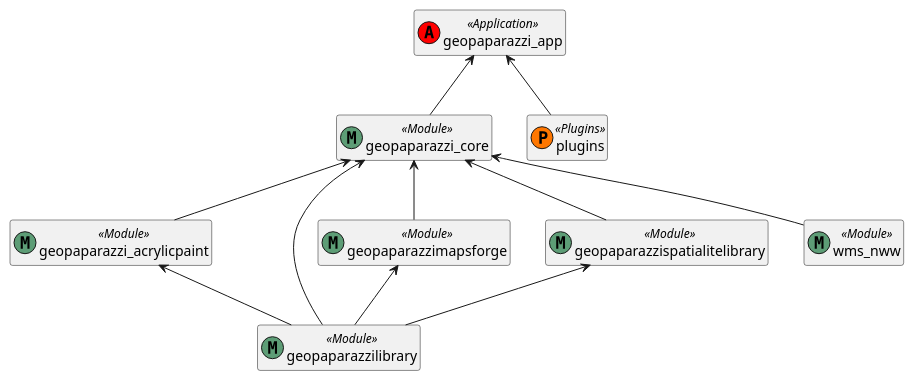
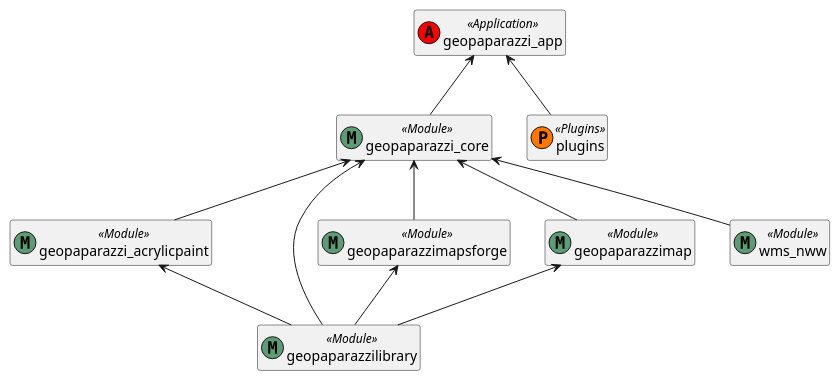
The first of 2 diagrams in userguide/development.adoc (geopaparazzi/usermanual), drawn with PlantUML before and after one commit. The commit also changed other lines of this file and 22 other files, not shown here.

```diff
--- a/userguide/development.adoc
+++ b/userguide/development.adoc
@@ -65,25 +65,25 @@
 [plantuml, development/modules_diagram, png]     
 ....
 
-class geopaparazzi_app << (A,#FF0000) Application >>
+class geopaparazzi_app           << (A,#FF0000) Application >>
 class geopaparazzi_acrylicpaint  << (M,#5d9d76) Module >>
-class geopaparazzi_core  << (M,#5d9d76) Module >>
-class geopaparazzilibrary  << (M,#5d9d76) Module >>
-class geopaparazzimapsforge  << (M,#5d9d76) Module >>
-class geopaparazzispatialitelibrary  << (M,#5d9d76) Module >>
-class plugins  << (P,#FF7700) Plugins >>
-class wms_nww  << (M,#5d9d76) Module >>
+class geopaparazzi_core          << (M,#5d9d76) Module >>
+class geopaparazzilibrary        << (M,#5d9d76) Module >>
+class geopaparazzimapsforge      << (M,#5d9d76) Module >>
+class geopaparazzimap            << (M,#5d9d76) Module >>
+class plugins                    << (P,#FF7700) Plugins >>
+class wms_nww                    << (M,#5d9d76) Module >>
 
 hide members
 
-geopaparazzi_app <-- geopaparazzi_core
-geopaparazzi_app <-- plugins
+geopaparazzi_app  <-- geopaparazzi_core
+geopaparazzi_app  <-- plugins
 geopaparazzi_core <-- geopaparazzilibrary
-geopaparazzi_core <-- geopaparazzispatialitelibrary
+geopaparazzi_core <-- geopaparazzimap
 geopaparazzi_core <-- geopaparazzimapsforge
 geopaparazzi_core <-- wms_nww
 geopaparazzi_core <-- geopaparazzi_acrylicpaint
 geopaparazzimapsforge <-- geopaparazzilibrary
-geopaparazzispatialitelibrary <-- geopaparazzilibrary
+geopaparazzimap <-- geopaparazzilibrary
 geopaparazzi_acrylicpaint <-- geopaparazzilibrary
 ....
```
